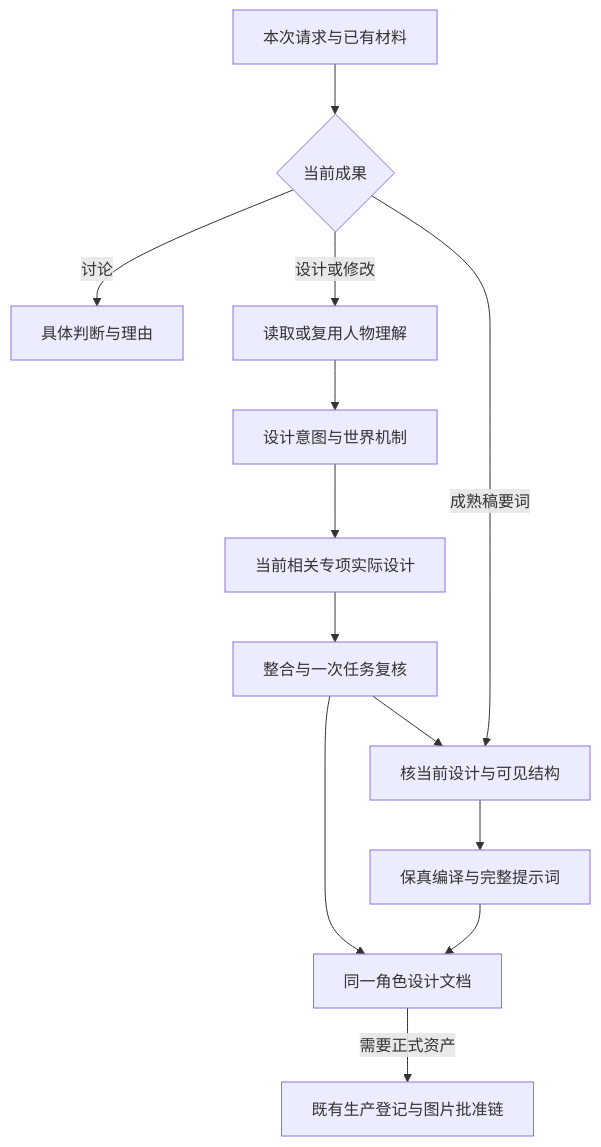
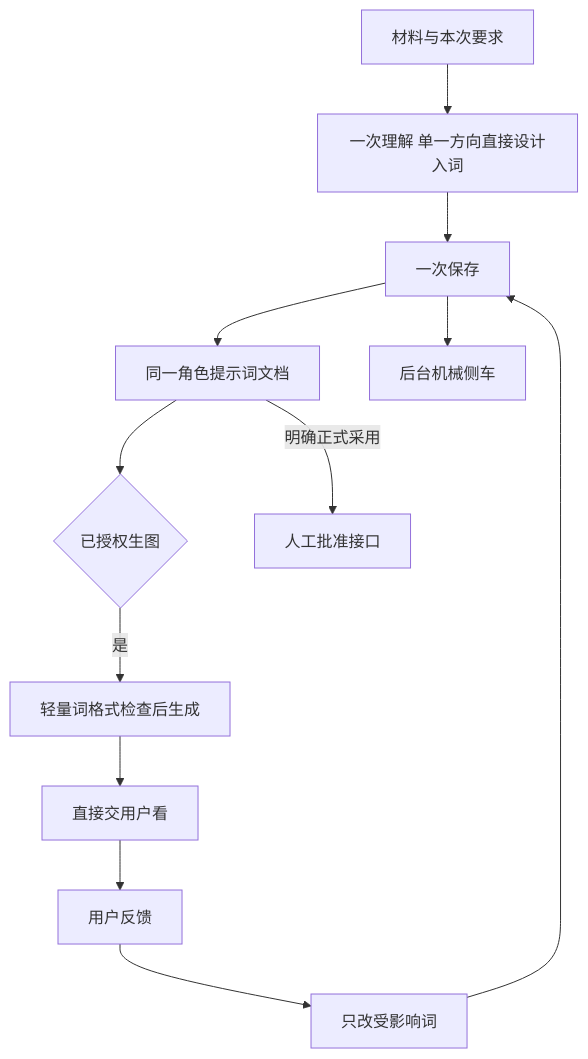
One commit to kaibaoxiang-studio/ZiChan changed the first of 3 diagrams in character-assets/README.md. Above: the diagram before and after it, drawn with Mermaid. The commit also changed other lines of this file and 71 other files, not shown here.

````diff
--- a/character-assets/README.md
+++ b/character-assets/README.md
@@ -34,15 +36,14 @@
 ```mermaid
 flowchart TD
-  U[本次请求与已有材料] --> R{当前成果}
-  R -->|讨论| Q[具体判断与理由]
-  R -->|设计或修改| A[读取或复用人物理解]
-  A --> B[设计意图与世界机制]
-  B --> C[当前相关专项实际设计]
-  C --> D[整合与一次任务复核]
-  D --> H[同一角色设计文档]
-  R -->|成熟稿要词| E[核当前设计与可见结构]
-  D --> E
-  E --> F[保真编译与完整提示词]
-  F --> H
-  H -->|需要正式资产| P[既有生产登记与图片批准链]
+  U[材料与本次要求] --> D[一次理解 单一方向直接设计入词]
+  D --> S[一次保存]
+  S --> H[同一角色提示词文档]
+  S --> B[后台机械侧车]
+  H --> G{已授权生图}
+  G -->|是| I[轻量词格式检查后生成]
+  I --> V[直接交用户看]
+  V --> F[用户反馈]
+  F --> L[只改受影响词]
+  L --> S
+  H -->|明确正式采用| A[人工批准接口]
 ```
````
